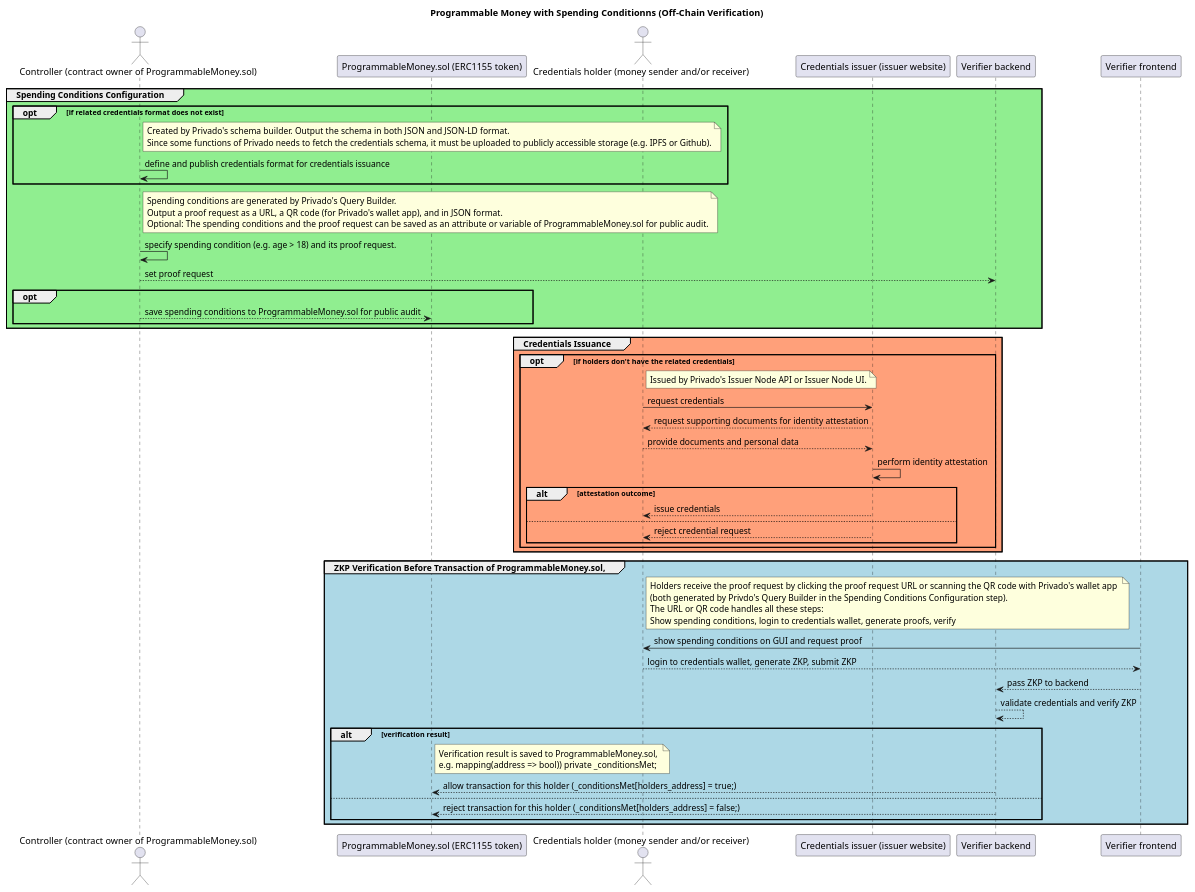
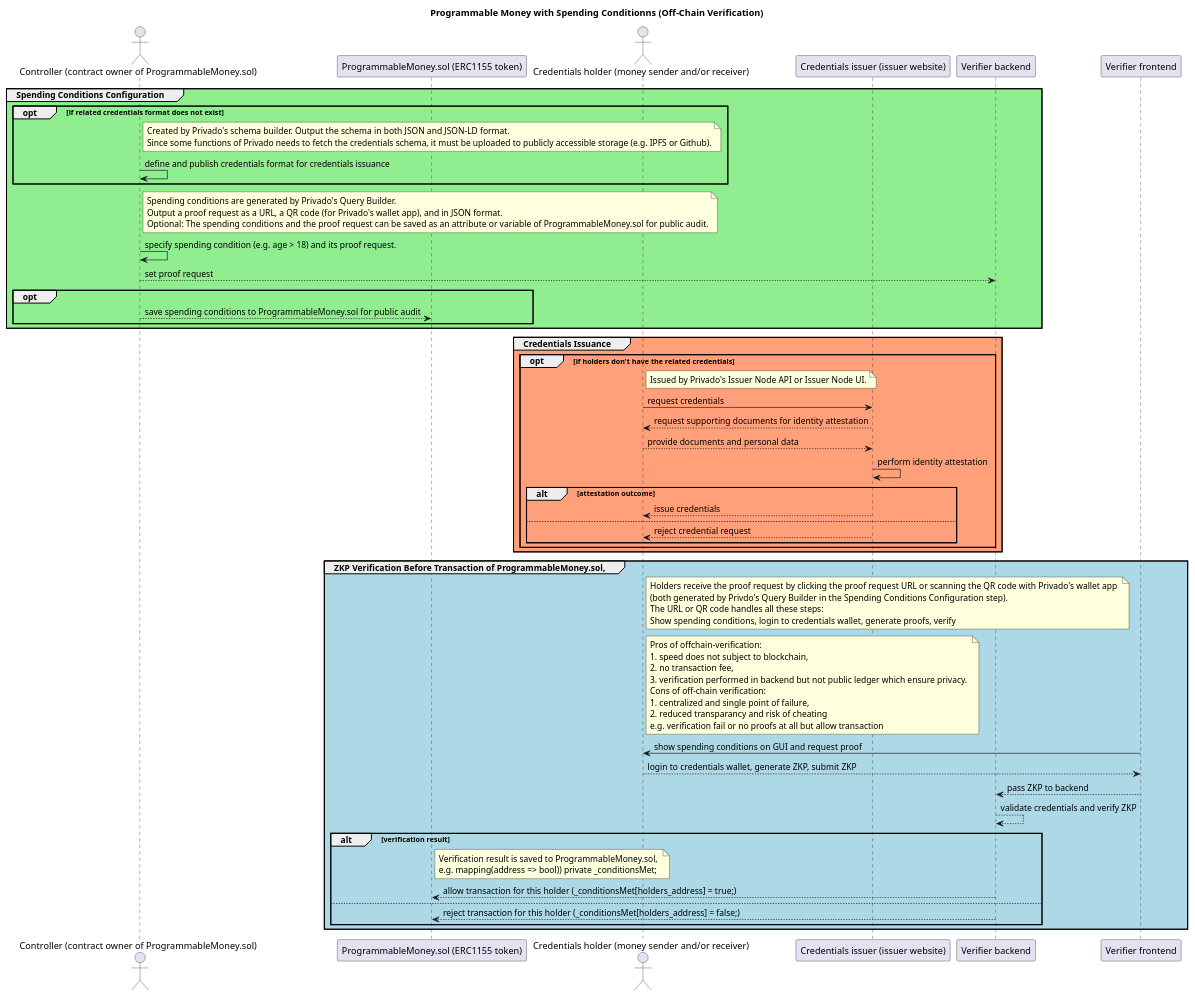
The diagram in docs/sequence_diagram_offchain.puml (joeywwong/pm-zkp), drawn with PlantUML before and after one commit. The commit also changed 2 other files, not shown here.

Commit message:
docs: add short notes for the pros and cons of on-chain verification and off-chain verification to sequence diagrams

```diff
--- a/docs/sequence_diagram_offchain.puml
+++ b/docs/sequence_diagram_offchain.puml
@@ -1,63 +1,64 @@
 @startuml
 title Programmable Money with Spending Conditionns (Off-Chain Verification)
 actor "Controller (contract owner of ProgrammableMoney.sol)" as Controller
 participant "ProgrammableMoney.sol (ERC1155 token)" as Money
 actor "Credentials holder (money sender and/or receiver)" as User
 participant "Credentials issuer (issuer website)" as Issuer
 participant "Verifier backend" as Verifier
 participant "Verifier frontend" as VerifierFrontend
 ' participant "Blockchain" as Blockchain
 
 ' --- Configure spending conditions of the money ---
 group #lightgreen Spending Conditions Configuration
     opt if related credentials format does not exist
         note right of Controller: Created by Privado's schema builder. Output the schema in both JSON and JSON-LD format. \nSince some functions of Privado needs to fetch the credentials schema, it must be uploaded to publicly accessible storage (e.g. IPFS or Github).
         Controller -> Controller: define and publish credentials format for credentials issuance
     end
     note right of Controller: Spending conditions are generated by Privado's Query Builder.\nOutput a proof request as a URL, a QR code (for Privado's wallet app), and in JSON format.\nOptional: The spending conditions and the proof request can be saved as an attribute or variable of ProgrammableMoney.sol for public audit.
     ' https://tools.privado.id/query-builder
     Controller -> Controller: specify spending condition (e.g. age > 18) and its proof request.
     Controller --> Verifier: set proof request
     opt
         Controller --> Money: save spending conditions to ProgrammableMoney.sol for public audit
     end
 
 end
 
 group #lightsalmon Credentials Issuance
     opt if holders don't have the related credentials
         ' --- Credential Request and Issuance Phase ---
         note right of User: Issued by Privado's Issuer Node API or Issuer Node UI.
         ' https://docs.privado.id/docs/category/issuer-node-api
         ' https://docs.privado.id/docs/category/issuer-node-ui
         ' Demo: https://issuer-demo.privado.id/
         User -> Issuer: request credentials
         Issuer --> User: request supporting documents for identity attestation
         User --> Issuer: provide documents and personal data
         Issuer -> Issuer: perform identity attestation
         alt attestation outcome
             Issuer --> User: issue credentials
         else
             Issuer --> User: reject credential request
         end
     end
 end
 
 ' --- Transaction Phase ---
 group #lightblue ZKP Verification Before Transaction of ProgrammableMoney.sol, 
     note right of User: Holders receive the proof request by clicking the proof request URL or scanning the QR code with Privado's wallet app \n(both generated by Privdo's Query Builder in the Spending Conditions Configuration step).\nThe URL or QR code handles all these steps:\nShow spending conditions, login to credentials wallet, generate proofs, verify
+    note right of User: Pros of offchain-verification:\n1. speed does not subject to blockchain,\n2. no transaction fee,\n3. verification performed in backend but not public ledger which ensure privacy. \nCons of off-chain verification:\n1. centralized and single point of failure,\n2. reduced transparancy and risk of cheating\ne.g. verification fail or no proofs at all but allow transaction
     VerifierFrontend -> User: show spending conditions on GUI and request proof
     User --> VerifierFrontend: login to credentials wallet, generate ZKP, submit ZKP
 
     ' --- Proof Verification and Decision ---
     VerifierFrontend --> Verifier: pass ZKP to backend
     Verifier --> Verifier: validate credentials and verify ZKP
     alt verification result
     note right of Money: Verification result is saved to ProgrammableMoney.sol, \ne.g. mapping(address => bool)) private _conditionsMet;
         Verifier --> Money: allow transaction for this holder (_conditionsMet[holders_address] = true;)
     else
         Verifier --> Money: reject transaction for this holder (_conditionsMet[holders_address] = false;)
     end
 end
 
 @enduml
```
